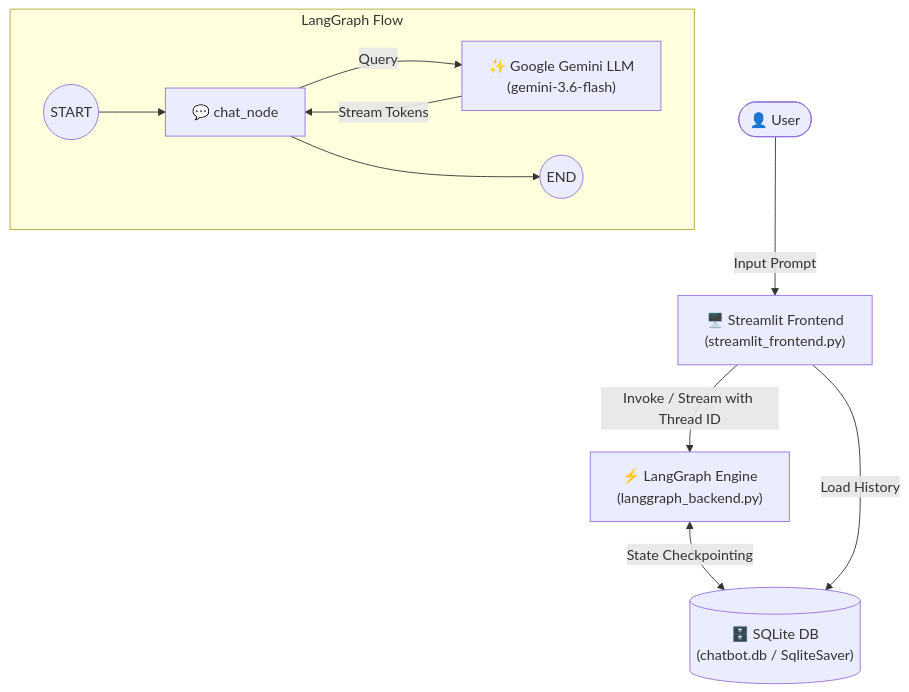
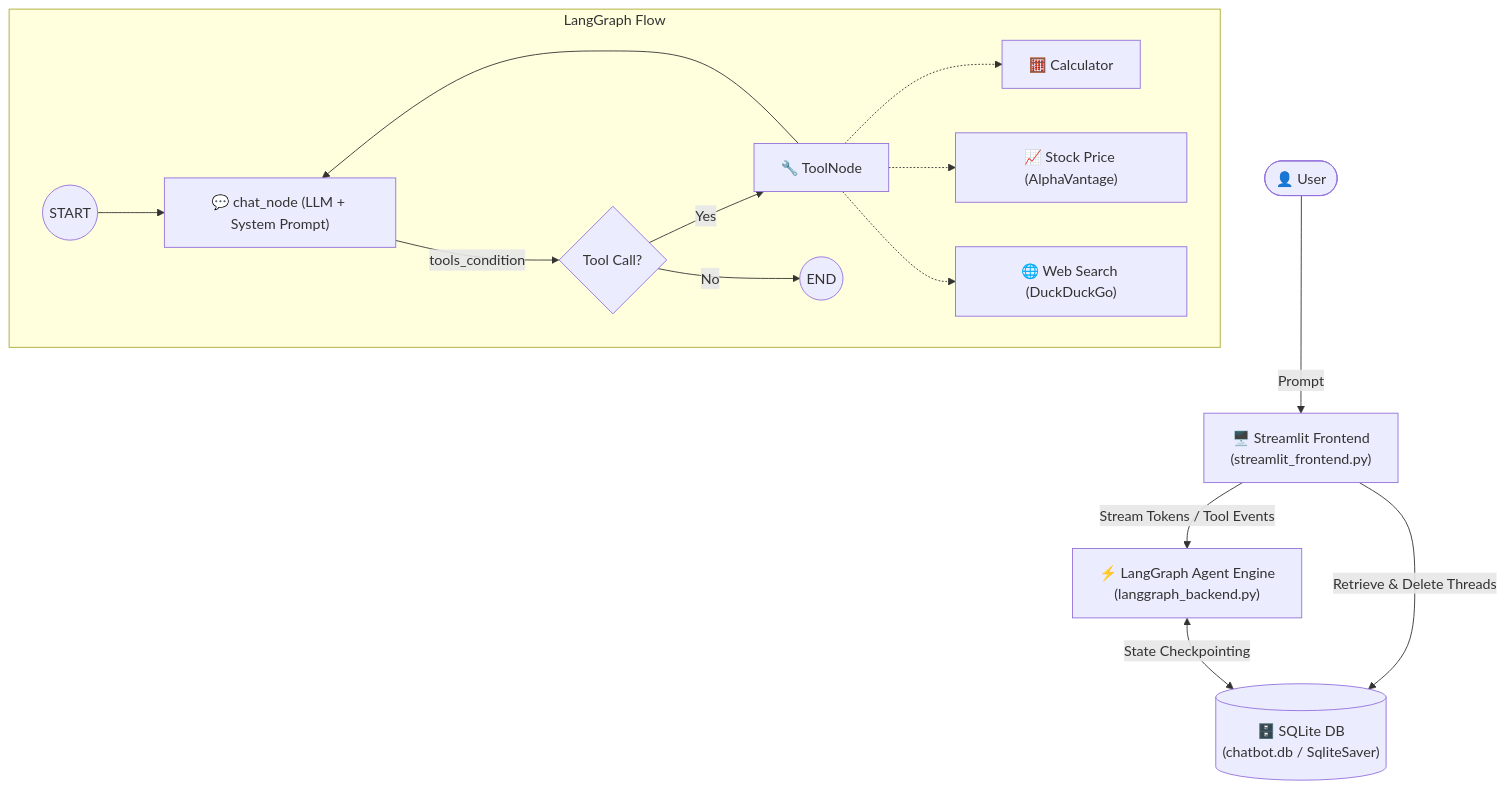
The diagram in README.md (Asphane/stateful-gemini-chatbot), drawn with Mermaid before and after one commit. The commit also changed other lines of this file and 5 other files, not shown here.

Commit message:
feat: enhance LangGraph agent with system prompt, tool suite, sidebar thread management, and updated docs

````diff
--- a/README.md
+++ b/README.md
@@ -47,15 +56,20 @@
 ```mermaid
 graph TD
-    User([👤 User]) -->|Input Prompt| StreamlitUI["🖥️ Streamlit Frontend<br/>(streamlit_frontend.py)"]
-    StreamlitUI -->|Invoke / Stream with Thread ID| LangGraph["⚡ LangGraph Engine<br/>(langgraph_backend.py)"]
+    User([👤 User]) -->|Prompt| StreamlitUI["🖥️ Streamlit Frontend<br/>(streamlit_frontend.py)"]
+    StreamlitUI -->|Stream Tokens / Tool Events| LangGraph["⚡ LangGraph Agent Engine<br/>(langgraph_backend.py)"]
     
     subgraph LangGraph Flow
-        START((START)) --> ChatNode["💬 chat_node"]
-        ChatNode -->|Query| Gemini["✨ Google Gemini LLM<br/>(gemini-3.6-flash)"]
-        Gemini -->|Stream Tokens| ChatNode
-        ChatNode --> END((END))
+        START((START)) --> ChatNode["💬 chat_node (LLM + System Prompt)"]
+        ChatNode -->|tools_condition| Decision{Tool Call?}
+        Decision -->|Yes| ToolsNode["🔧 ToolNode"]
+        ToolsNode --> ChatNode
+        Decision -->|No| END((END))
+        
+        ToolsNode -.-> T1["🧮 Calculator"]
+        ToolsNode -.-> T2["📈 Stock Price (AlphaVantage)"]
+        ToolsNode -.-> T3["🌐 Web Search (DuckDuckGo)"]
     end
     
     LangGraph <-->|State Checkpointing| SQLite[("🗄️ SQLite DB<br/>(chatbot.db / SqliteSaver)")]
-    StreamlitUI -->|Load History| SQLite
+    StreamlitUI -->|Retrieve & Delete Threads| SQLite
 ```
````
